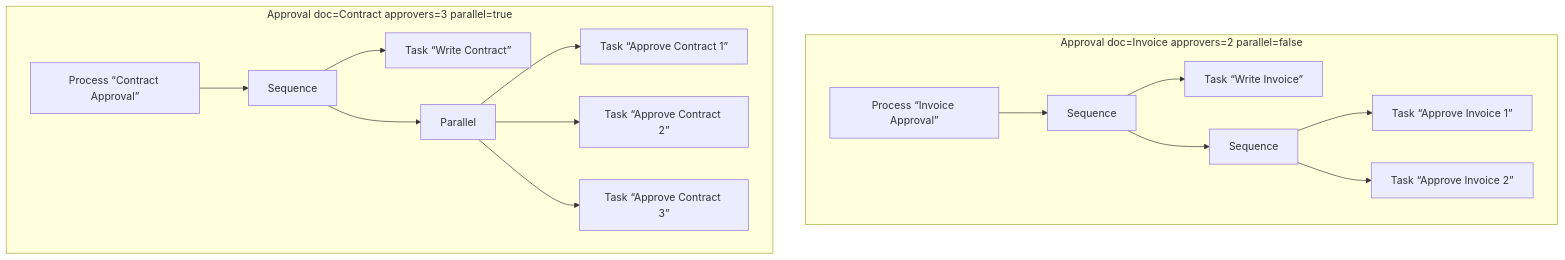
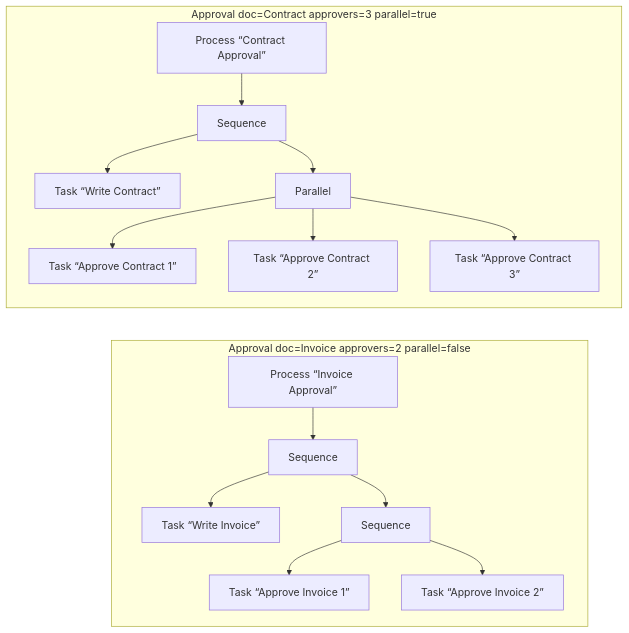
One commit to AelasticS/Synthesis changed the second of 2 diagrams in apps/docs/docs/developer-guide/concepts.md. Above: the diagram before and after it, drawn with Mermaid. The commit also changed other lines of this file and 6 other files, not shown here.

First line of the commit message:
docs: drop algebra notation from concepts; stack family diagrams; fix stale API references

````diff
--- a/apps/docs/docs/developer-guide/concepts.md
+++ b/apps/docs/docs/developer-guide/concepts.md
@@ -120,18 +119,19 @@
 ```mermaid
 graph TD
-    subgraph B["Approval doc=Invoice approvers=2 parallel=false"]
-        P2["Process “Invoice Approval”"] --> S2["Sequence"]
-        S2 --> W2["Task “Write Invoice”"]
-        S2 --> SQ["Sequence"]
-        SQ --> B1["Task “Approve Invoice 1”"]
-        SQ --> B2["Task “Approve Invoice 2”"]
-    end
     subgraph A["Approval doc=Contract approvers=3 parallel=true"]
         P1["Process “Contract Approval”"] --> S1["Sequence"]
         S1 --> W1["Task “Write Contract”"]
         S1 --> PL["Parallel"]
         PL --> A1["Task “Approve Contract 1”"]
         PL --> A2["Task “Approve Contract 2”"]
         PL --> A3["Task “Approve Contract 3”"]
     end
+    subgraph B["Approval doc=Invoice approvers=2 parallel=false"]
+        P2["Process “Invoice Approval”"] --> S2["Sequence"]
+        S2 --> W2["Task “Write Invoice”"]
+        S2 --> SQ["Sequence"]
+        SQ --> B1["Task “Approve Invoice 1”"]
+        SQ --> B2["Task “Approve Invoice 2”"]
+    end
+    A2 ~~~ P2
 ```
````
